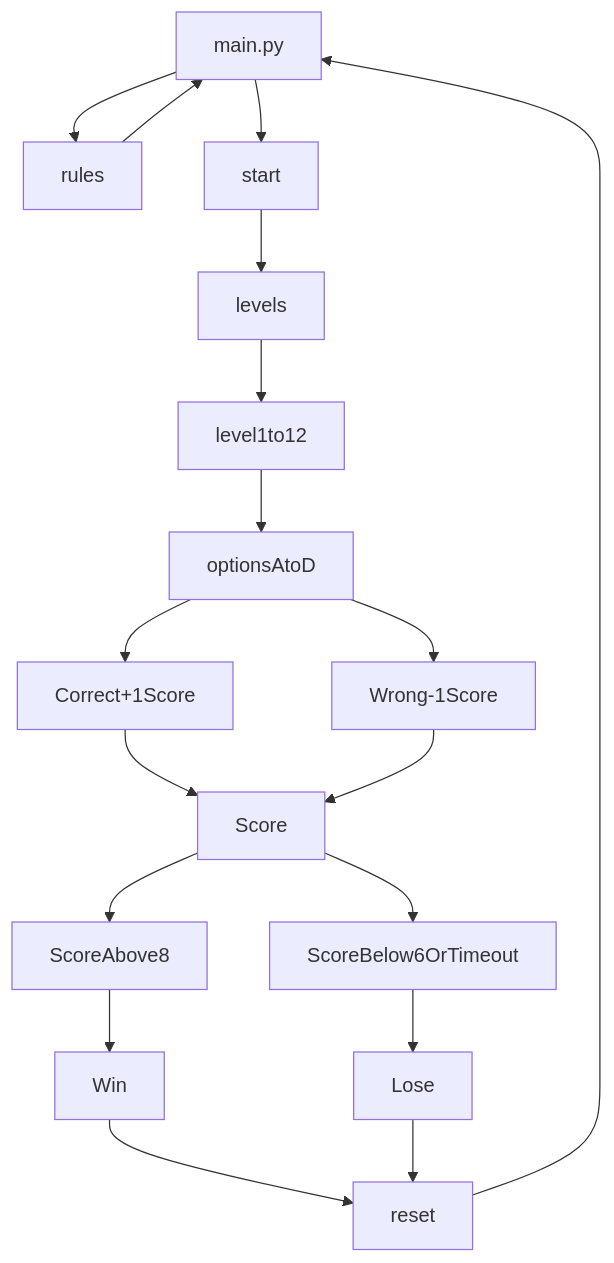
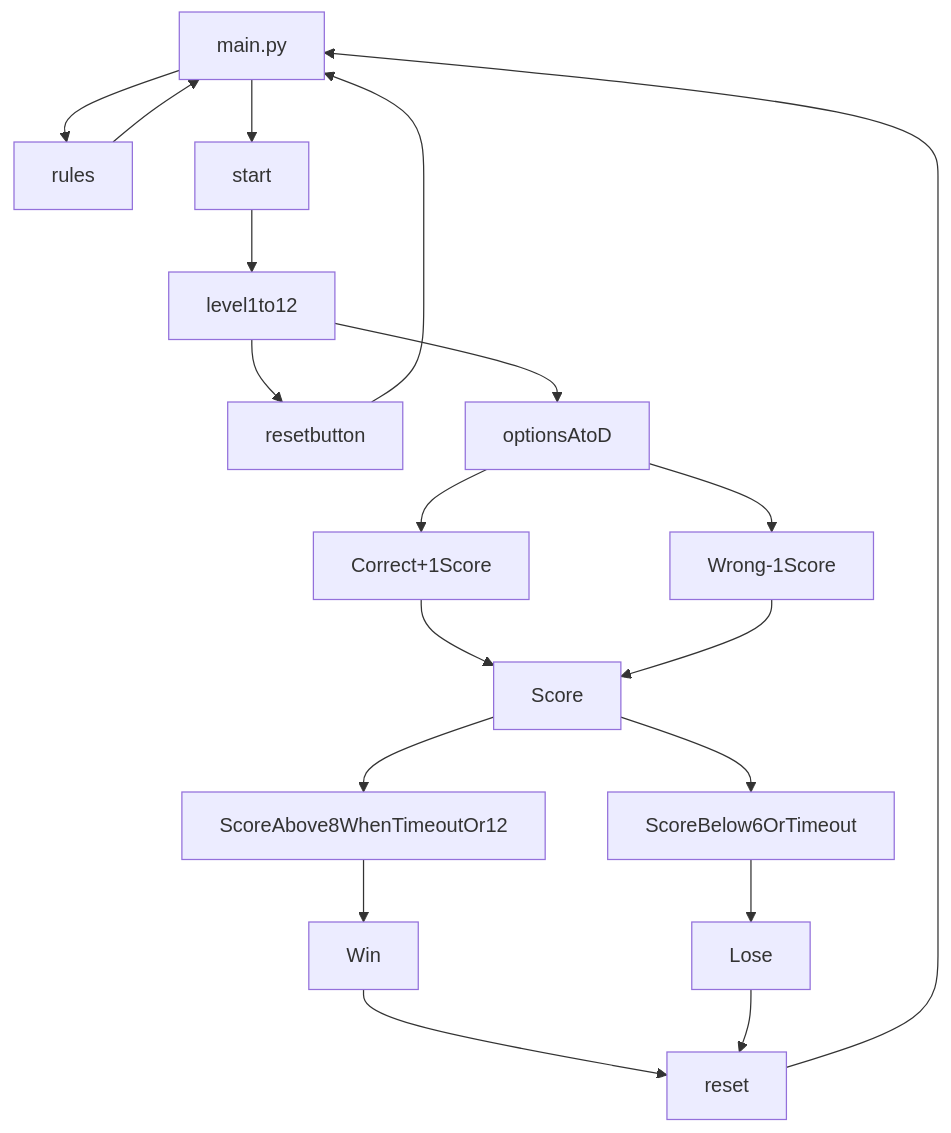
One commit to CallMeYuBing/EGL314MovieQuiz changed the diagram in README.md. Above: the diagram before and after it, drawn with Mermaid. The commit also changed other lines of this file, not shown here.

````diff
--- a/README.md
+++ b/README.md
@@ -16,20 +16,21 @@
 ```mermaid
 graph TD;
 main.py-->rules
 rules-->main.py
 reset-->main.py
 main.py-->start
-start-->levels
-levels-->level1to12
+resetbutton-->main.py
+start-->level1to12
+level1to12-->resetbutton
 level1to12-->optionsAtoD
 optionsAtoD-->Correct+1Score
 optionsAtoD-->Wrong-1Score
 Correct+1Score-->Score
 Wrong-1Score-->Score
-Score-->ScoreAbove8
+Score-->ScoreAbove8WhenTimeoutOr12
 Score-->ScoreBelow6OrTimeout
-ScoreAbove8-->Win
+ScoreAbove8WhenTimeoutOr12-->Win
 ScoreBelow6OrTimeout-->Lose
 Win-->reset
 Lose-->reset
 ```
````
